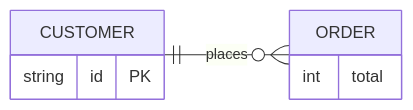
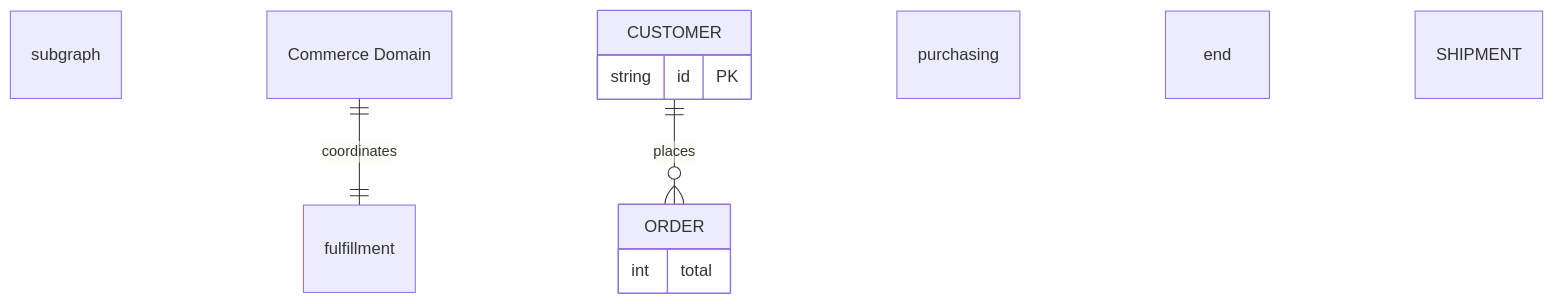
One commit to unexge/mdr changed the fifth of 5 diagrams in bombadil/fixture.md. Above: the diagram before and after it, drawn with Mermaid. The commit also changed 4 other files, not shown here.

Commit message:
feat: Render Mermaid ER subgraphs

````diff
--- a/bombadil/fixture.md
+++ b/bombadil/fixture.md
@@ -127,11 +127,20 @@
 ```mermaid
 erDiagram
 direction LR
-CUSTOMER ||--o{ ORDER : places
-CUSTOMER {
-  string id PK
-}
-ORDER {
-  int total
-}
+subgraph commerce ["Commerce Domain"]
+  direction TB
+  CUSTOMER ||--o{ ORDER : places
+  CUSTOMER {
+    string id PK
+  }
+  subgraph purchasing
+    ORDER {
+      int total
+    }
+  end
+end
+subgraph fulfillment
+  SHIPMENT
+end
+commerce ||--|| fulfillment : coordinates
 ```
````
